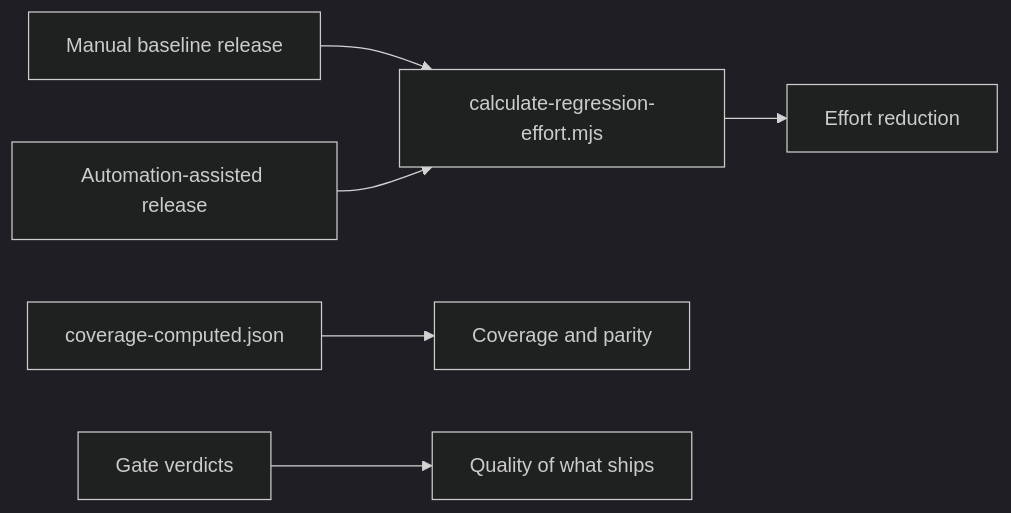
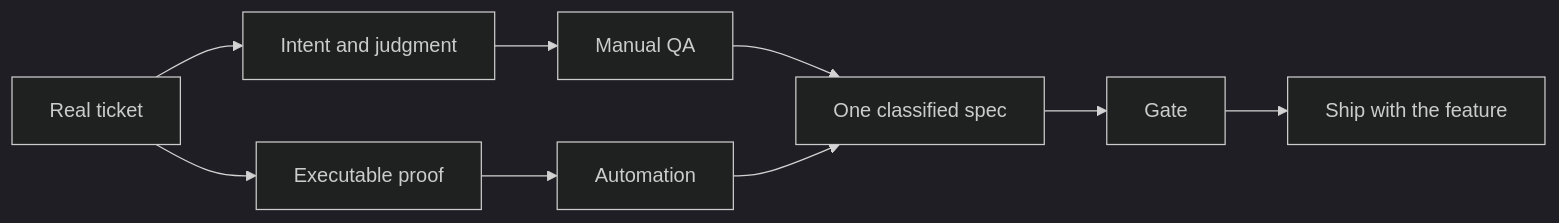
The first of 15 diagrams in docs/adoption/qa-ai-adoption-strategy.md (lfyagya/fhf-qa-harness-os), drawn with Mermaid (dark theme) before and after one commit. The commit also changed other lines of this file and 1 other file, not shown here.

First line of the commit message:
docs(adoption): make §8.1 the one-loop adoption answer

````diff
--- a/docs/adoption/qa-ai-adoption-strategy.md
+++ b/docs/adoption/qa-ai-adoption-strategy.md
@@ -26,8 +20,11 @@
 ```mermaid
 flowchart LR
-  M[Manual baseline release] --> R[calculate-regression-effort.mjs]
-  A[Automation-assisted release] --> R
-  R --> E[Effort reduction]
-  C[coverage-computed.json] --> V[Coverage and parity]
-  G[Gate verdicts] --> Q[Quality of what ships]
+  T[Real ticket] --> I[Intent and judgment]
+  T --> P[Executable proof]
+  I --> M[Manual QA]
+  P --> A[Automation]
+  M --> S[One classified spec]
+  A --> S
+  S --> G[Gate]
+  G --> R[Ship with the feature]
 ```
````
